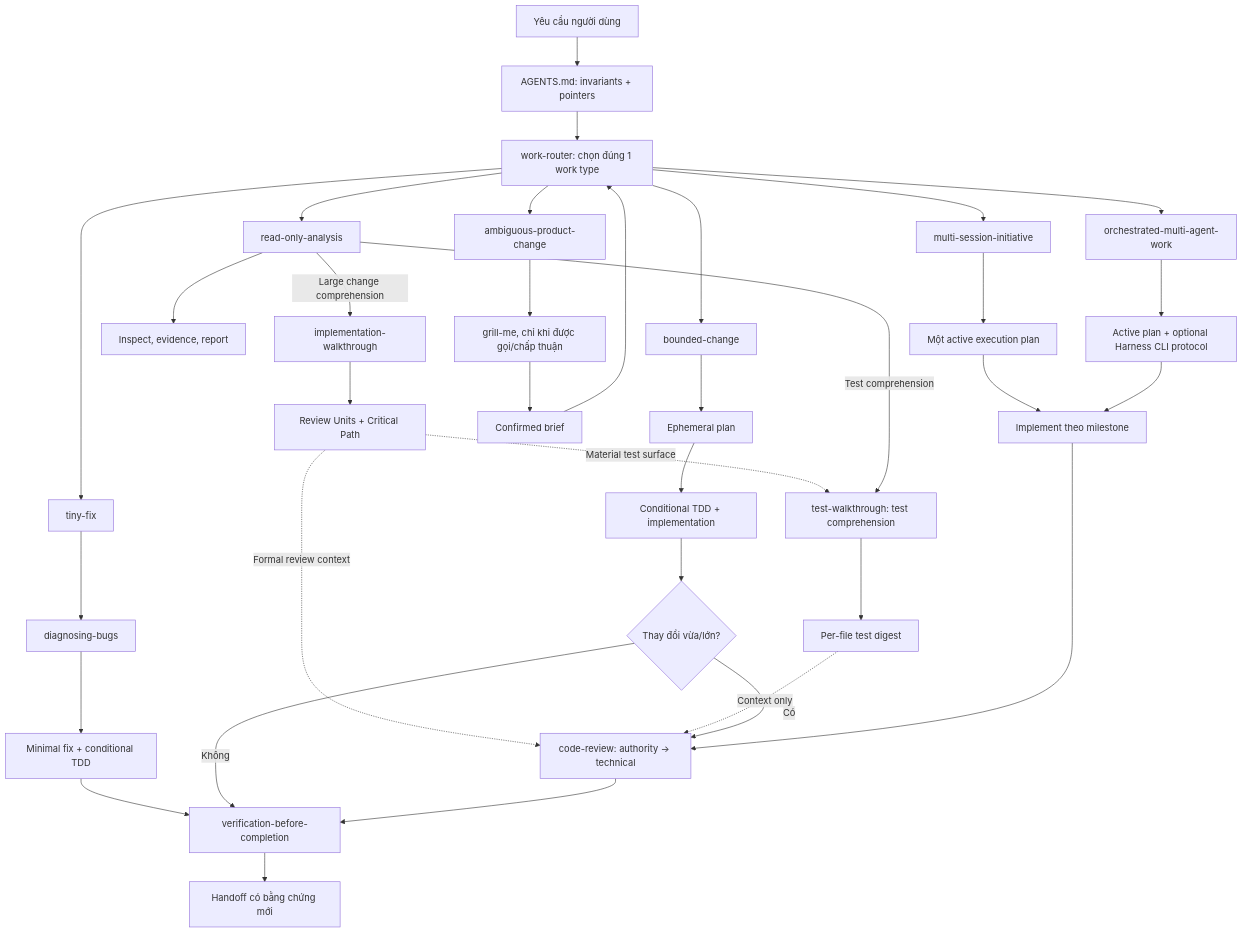
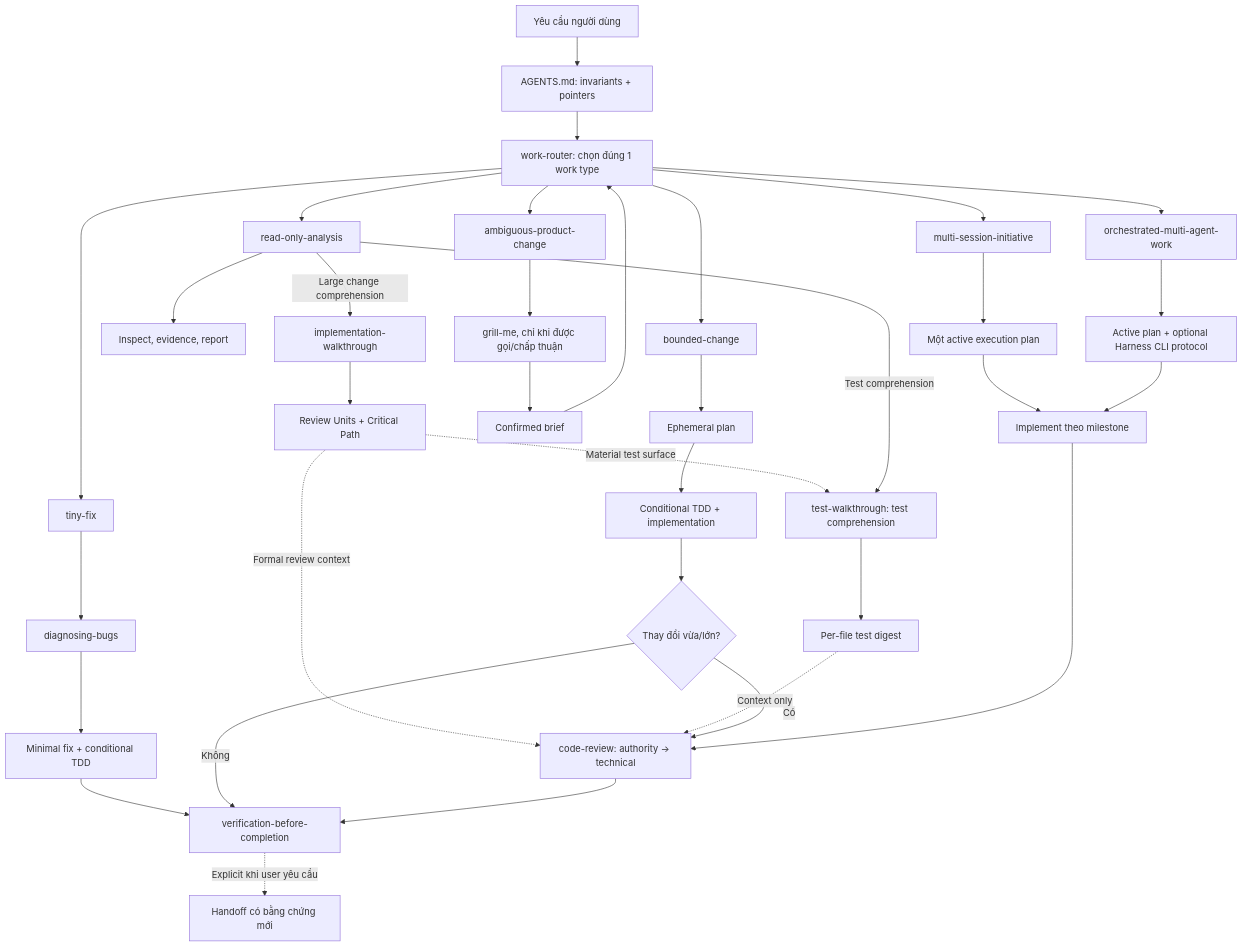
One commit to duong991/harness-repo changed the diagram in docs/HARNESS_WORKFLOW_GUIDE.md. Above: the diagram before and after it, drawn with Mermaid. The commit also changed other lines of this file and 52 other files, not shown here.

````diff
--- a/docs/HARNESS_WORKFLOW_GUIDE.md
+++ b/docs/HARNESS_WORKFLOW_GUIDE.md
@@ -32,38 +32,38 @@
 ```mermaid
 flowchart TD
     U["Yêu cầu người dùng"] --> G["AGENTS.md: invariants + pointers"]
     G --> R["work-router: chọn đúng 1 work type"]
     R --> RO["read-only-analysis"]
     R --> TF["tiny-fix"]
     R --> BC["bounded-change"]
     R --> AP["ambiguous-product-change"]
     R --> MS["multi-session-initiative"]
     R --> OM["orchestrated-multi-agent-work"]
 
     RO --> E["Inspect, evidence, report"]
     RO -->|"Large change comprehension"| IW["implementation-walkthrough"]
     IW --> RU["Review Units + Critical Path"]
     RU -. "Material test surface" .-> TW
     RU -. "Formal review context" .-> RV
     RO -->|"Test comprehension"| TW["test-walkthrough: test comprehension"]
     TW --> TD["Per-file test digest"]
     TD -. "Context only" .-> RV
     TF --> D["diagnosing-bugs"]
     D --> F["Minimal fix + conditional TDD"]
     F --> V["verification-before-completion"]
     BC --> EP["Ephemeral plan"]
     EP --> I["Conditional TDD + implementation"]
     I --> Q{"Thay đổi vừa/lớn?"}
     Q -- "Có" --> RV["code-review: authority → technical"]
     Q -- "Không" --> V
     RV --> V
     AP --> GM["grill-me, chỉ khi được gọi/chấp thuận"]
     GM --> CB["Confirmed brief"]
     CB --> R
     MS --> DP["Một active execution plan"]
     DP --> M["Implement theo milestone"]
     M --> RV
     OM --> CP["Active plan + optional Harness CLI protocol"]
     CP --> M
-    V --> H["Handoff có bằng chứng mới"]
+    V -. "Explicit khi user yêu cầu" .-> H["Handoff có bằng chứng mới"]
 ```
````
